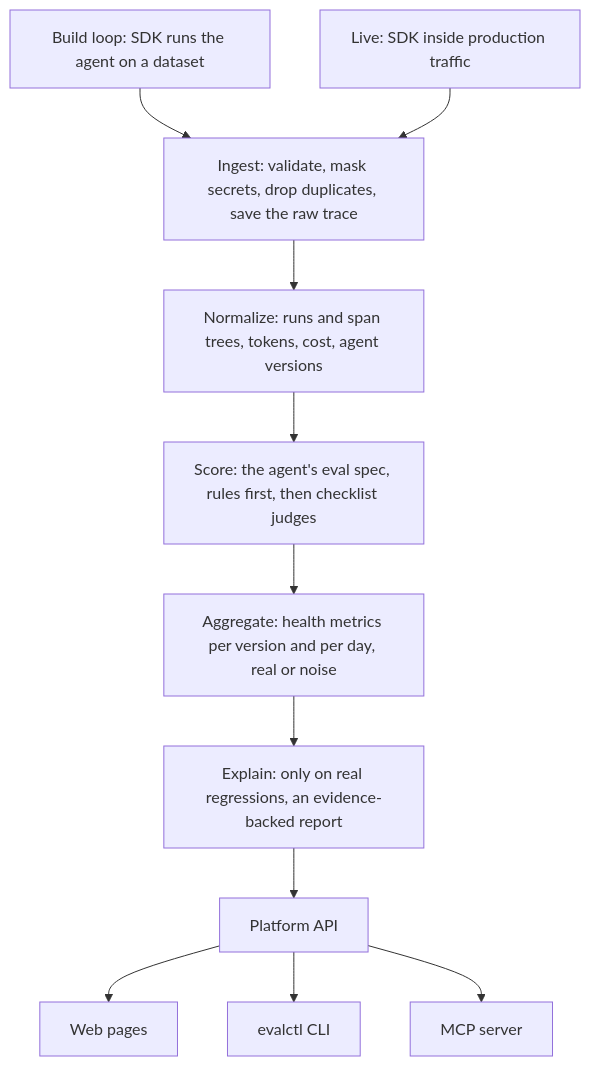
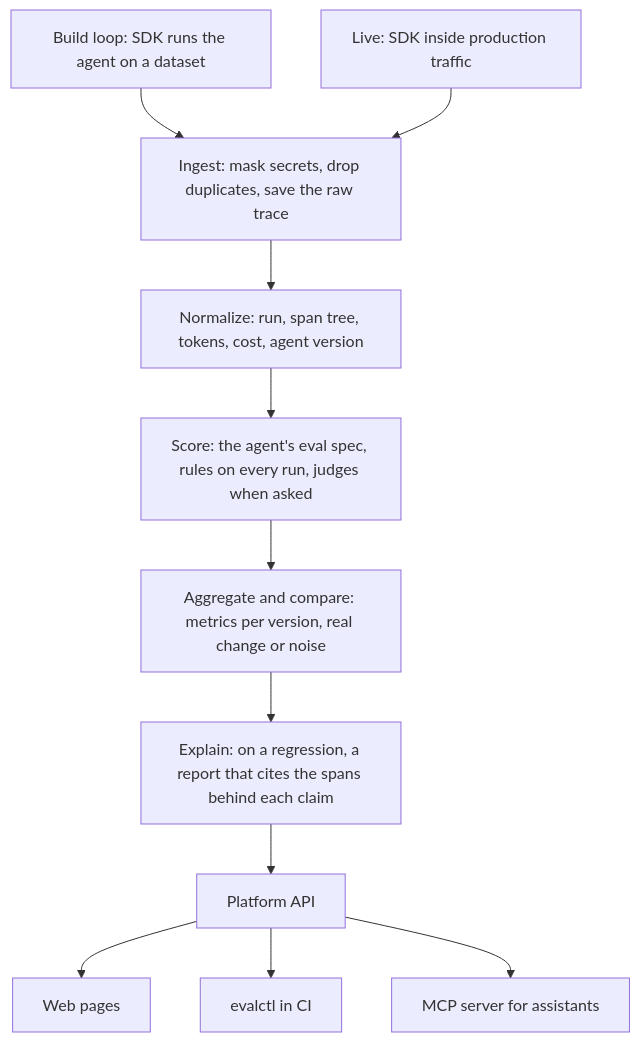
One commit to VarshithaGudibandi/ai-agent-eval changed the diagram in README.md. Above: the diagram before and after it, drawn with Mermaid. The commit also changed other lines of this file, not shown here.

Commit message:
Rewrite the README around the demo and how to connect an agent

````diff
--- a/README.md
+++ b/README.md
@@ -11,13 +9,13 @@
 ```mermaid
 flowchart TD
   B[Build loop: SDK runs the agent on a dataset] --> I
   L[Live: SDK inside production traffic] --> I
-  I[Ingest: validate, mask secrets, drop duplicates, save the raw trace] --> N
-  N[Normalize: runs and span trees, tokens, cost, agent versions] --> S
-  S[Score: the agent's eval spec, rules first, then checklist judges] --> A
-  A[Aggregate: health metrics per version and per day, real or noise] --> E
-  E[Explain: only on real regressions, an evidence-backed report] --> API
+  I[Ingest: mask secrets, drop duplicates, save the raw trace] --> N
+  N[Normalize: run, span tree, tokens, cost, agent version] --> S
+  S[Score: the agent's eval spec, rules on every run, judges when asked] --> A
+  A[Aggregate and compare: metrics per version, real change or noise] --> E
+  E[Explain: on a regression, a report that cites the spans behind each claim] --> API
   API[Platform API] --> UI[Web pages]
-  API --> CLI[evalctl CLI]
-  API --> MCP[MCP server]
+  API --> CLI[evalctl in CI]
+  API --> MCP[MCP server for assistants]
 ```
````
